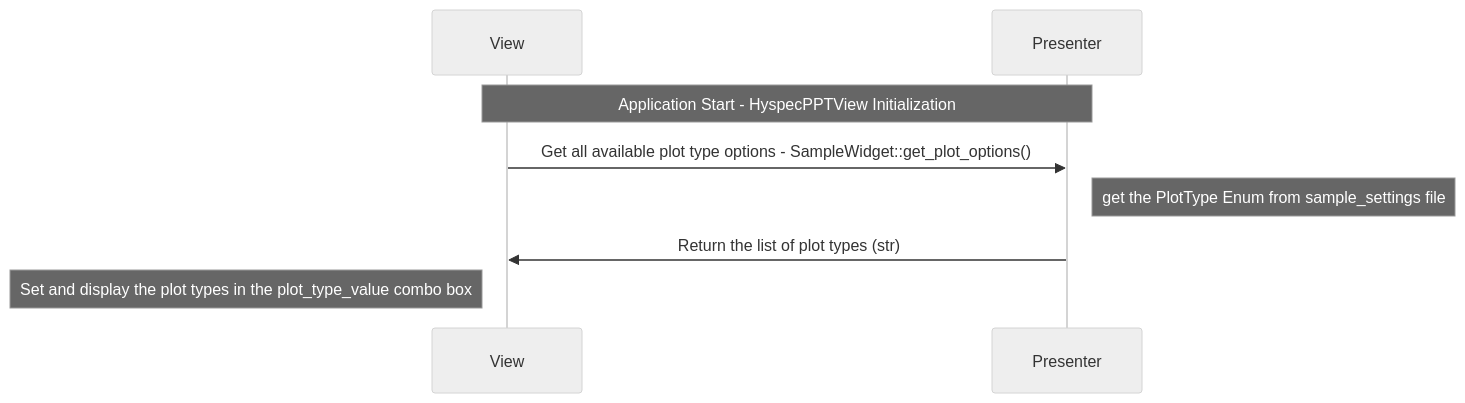
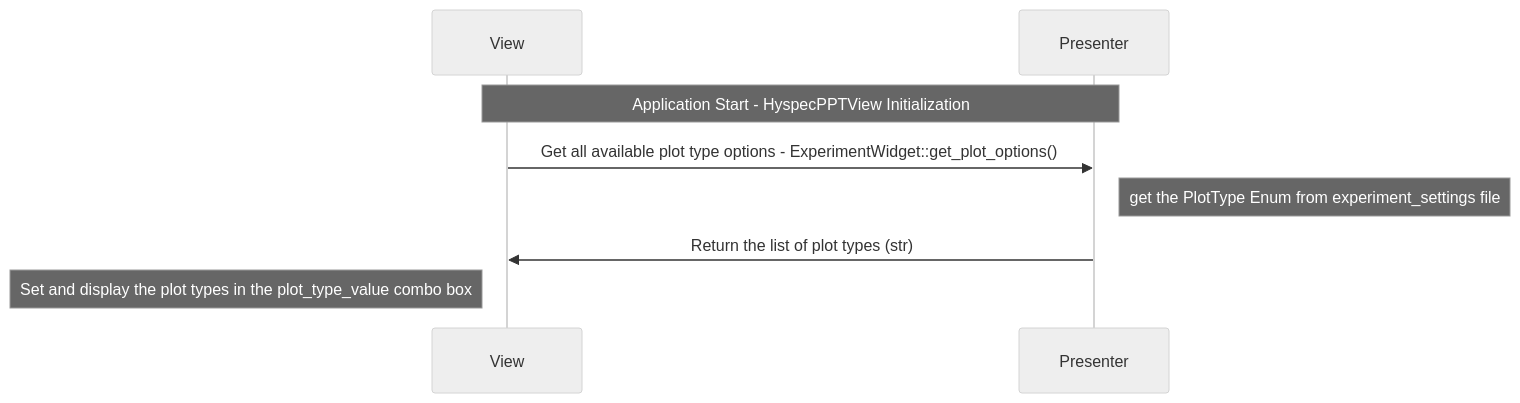
One commit to neutrons/hyspecppt changed the fourth of 13 diagrams in docs/source/design/hyspecpptclasses.rst. Above: the diagram before and after it, drawn with Mermaid (neutral theme). The commit also changed other lines of this file and 1 other file, not shown here.

Commit message:
sample renamed to experiment, single crystal type worflow update and other based on discussion

```diff
--- a/docs/source/design/hyspecpptclasses.rst
+++ b/docs/source/design/hyspecpptclasses.rst
@@ -434,11 +452,11 @@
     .. mermaid::
 
         sequenceDiagram
             participant View
             participant Presenter
 
             Note over View,Presenter: Application Start - HyspecPPTView Initialization
-            View->>Presenter: Get all available plot type options - SampleWidget::get_plot_options()
-            Note right of Presenter: get the PlotType Enum from sample_settings file
+            View->>Presenter: Get all available plot type options - ExperimentWidget::get_plot_options()
+            Note right of Presenter: get the PlotType Enum from experiment_settings file
             Presenter->>View: Return the list of plot types (str)
             Note left of View: Set and display the plot types in the plot_type_value combo box
```
